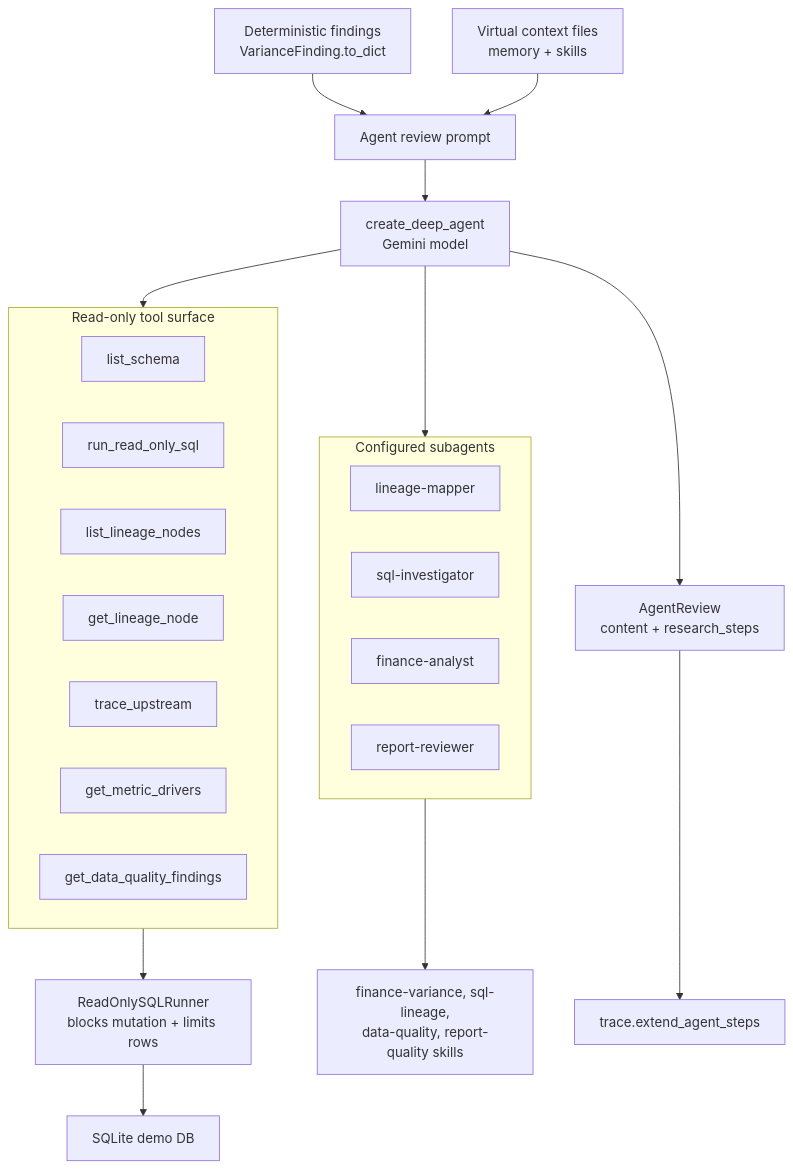
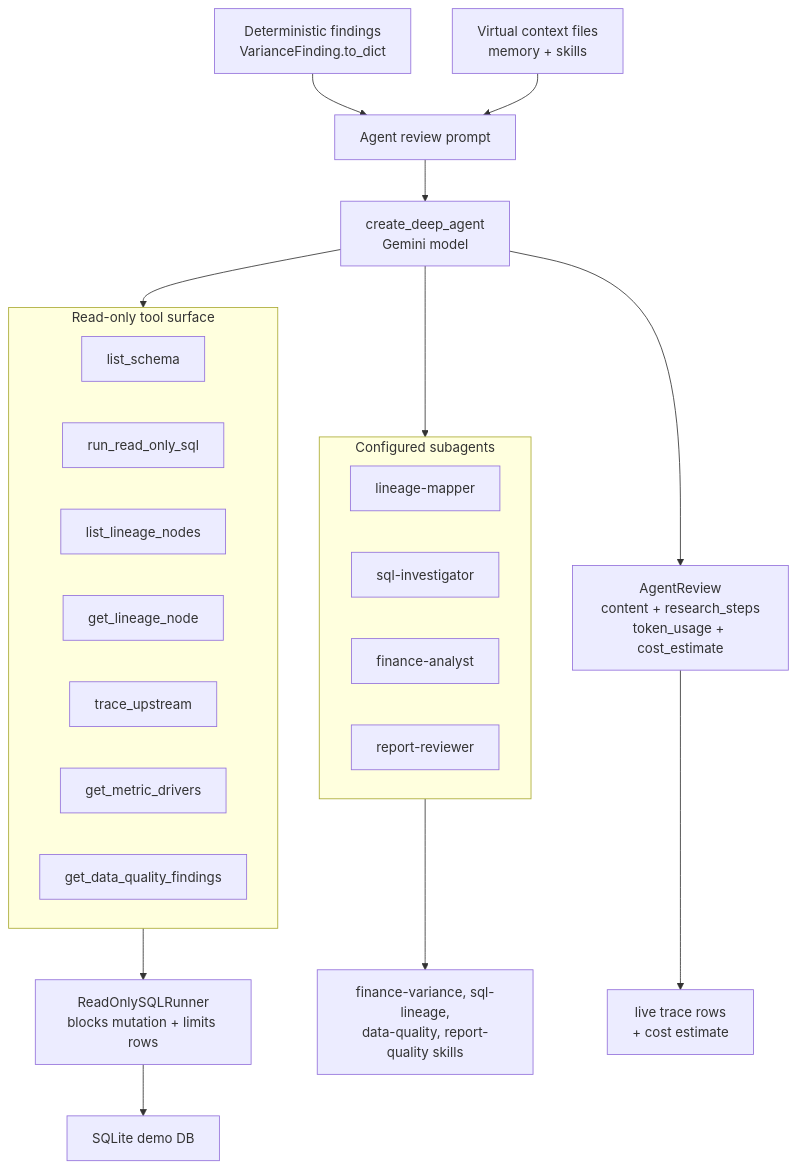
Before and after one commit to gustavorubim/sql-da: the sixth of 8 diagrams in README.md, drawn with Mermaid. The commit also changed other lines of this file and 8 other files, not shown here.

````diff
--- a/README.md
+++ b/README.md
@@ -371,31 +373,31 @@
 ```mermaid
 flowchart TB
     Findings["Deterministic findings<br/>VarianceFinding.to_dict"] --> Prompt["Agent review prompt"]
     AgentContext["Virtual context files<br/>memory + skills"] --> Prompt
     Prompt --> DeepAgent["create_deep_agent<br/>Gemini model"]
 
     subgraph Tools["Read-only tool surface"]
         ListSchema["list_schema"]
         RunSQL["run_read_only_sql"]
         ListNodes["list_lineage_nodes"]
         GetNode["get_lineage_node"]
         TraceUpstream["trace_upstream"]
         MetricDrivers["get_metric_drivers"]
         DataQualityTool["get_data_quality_findings"]
     end
 
     subgraph Subagents["Configured subagents"]
         LineageMapper["lineage-mapper"]
         SQLInvestigator["sql-investigator"]
         FinanceAnalyst["finance-analyst"]
         ReportReviewer["report-reviewer"]
     end
 
     DeepAgent --> Tools
     DeepAgent --> Subagents
     Tools --> Safety["ReadOnlySQLRunner<br/>blocks mutation + limits rows"]
     Safety --> SQLite["SQLite demo DB"]
     Subagents --> Skills["finance-variance, sql-lineage,<br/>data-quality, report-quality skills"]
-    DeepAgent --> Review["AgentReview<br/>content + research_steps"]
-    Review --> Trace["trace.extend_agent_steps"]
+    DeepAgent --> Review["AgentReview<br/>content + research_steps<br/>token_usage + cost_estimate"]
+    Review --> Trace["live trace rows<br/>+ cost estimate"]
 ```
````
